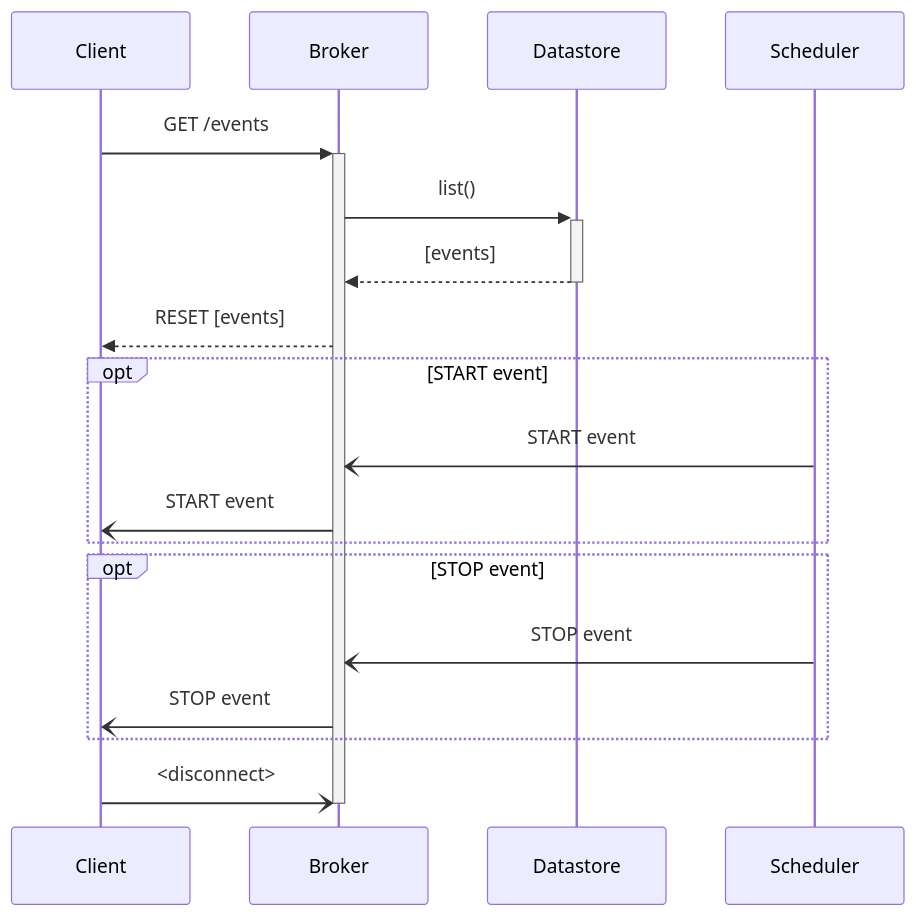
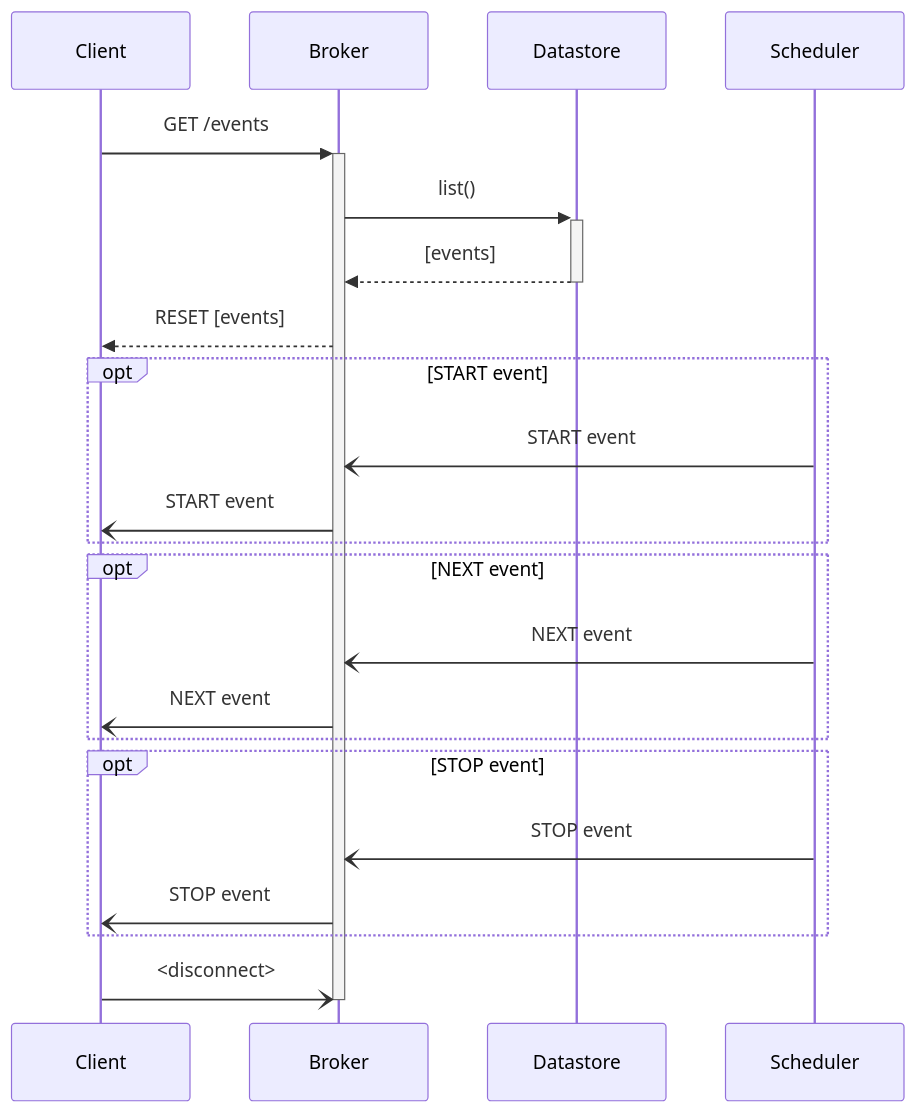
One commit to bsid-es/steven changed the diagram in README.md. Above: the diagram before and after it, drawn with Mermaid.

Commit message:
Include flow for NEXT event

````diff
--- a/README.md
+++ b/README.md
@@ -100,26 +100,31 @@
 ```mermaid
 sequenceDiagram
 
 participant Client
 participant Broker
 participant Datastore
 participant Scheduler
 
 Client->>+Broker:GET /events
 Broker->>+Datastore:list()
 Datastore-->>-Broker:[events]
 Broker-->>Client:RESET [events]
 
 opt START event
 Scheduler-)Broker:START event
 Broker-)Client:START event
 end
 
+opt NEXT event
+Scheduler-)Broker:NEXT event
+Broker-)Client:NEXT event
+end
+
 opt STOP event
 Scheduler-)Broker:STOP event
 Broker-)Client:STOP event
 end
 
 Client-)Broker:<disconnect>
 deactivate Broker
 ```
````
